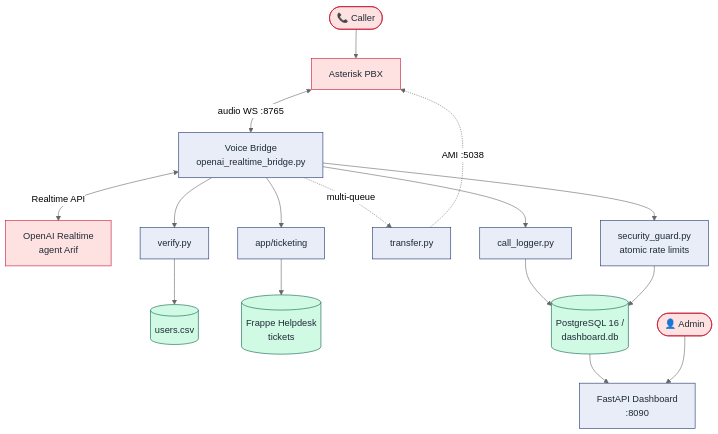
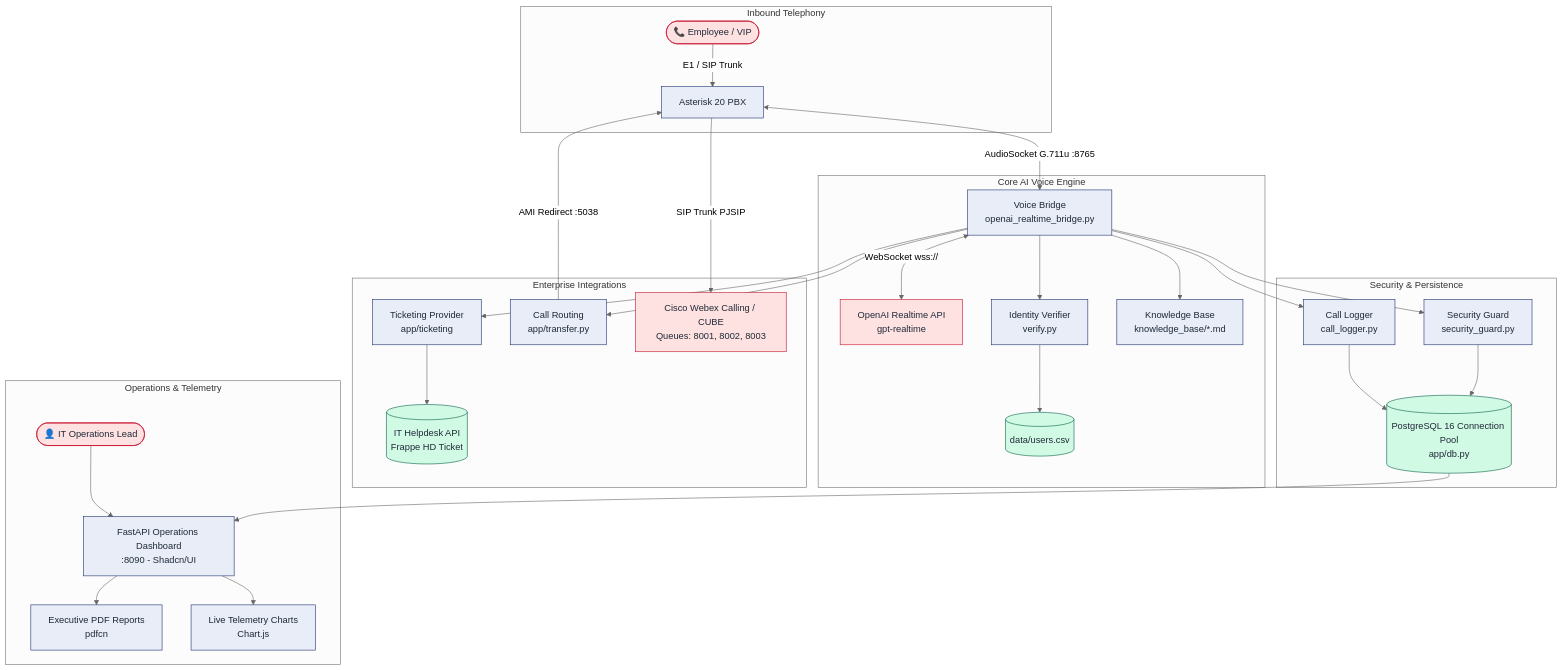
Before and after one commit to akheels-web/ai-support-agent: the diagram in README.md, drawn with Mermaid (neutral theme). The commit also changed other lines of this file and 6 other files, not shown here.

Commit message:
feat: add Cisco Webex documentation, OpenAI realtime bridge, Frappe ticketing provider, and guardrail tests

````diff
--- a/README.md
+++ b/README.md
@@ -10,25 +16,44 @@
 ```mermaid
 flowchart TD
-    Caller([📞 Caller]) --> Asterisk[Asterisk PBX]
-    Asterisk <-->|audio WS :8765| Bridge[Voice Bridge<br/>openai_realtime_bridge.py]
-    Bridge <-->|Realtime API| OpenAI[OpenAI Realtime<br/>agent Arif]
+    subgraph Inbound Telephony
+        Caller([📞 Employee / VIP]) -->|E1 / SIP Trunk| PBX[Asterisk 20 PBX]
+    end
 
-    Bridge --> Verify[verify.py]
-    Verify --> CSV[(users.csv)]
-    Bridge --> Frappe[app/ticketing] --> FrappeHD[(Frappe Helpdesk<br/>tickets)]
-    Bridge -.->|multi-queue| Transfer[transfer.py] -.->|AMI :5038| Asterisk
-    Bridge --> Guard[security_guard.py<br/>atomic rate limits]
+    subgraph Core AI Voice Engine
+        PBX <-->|AudioSocket G.711u :8765| Bridge[Voice Bridge<br/>openai_realtime_bridge.py]
+        Bridge <-->|WebSocket wss://| OpenAI[OpenAI Realtime API<br/>gpt-realtime]
+        Bridge --> Verify[Identity Verifier<br/>verify.py]
+        Verify --> CSV[(data/users.csv)]
+        Bridge --> KB[Knowledge Base<br/>knowledge_base/*.md]
+    end
 
-    Bridge --> Log[call_logger.py]
-    Log --> DB[(PostgreSQL 16 /<br/>dashboard.db)]
-    Guard --> DB
-    DB --> Dashboard[FastAPI Dashboard<br/>:8090]
-    Admin([👤 Admin]) --> Dashboard
+    subgraph Enterprise Integrations
+        Bridge --> Ticketing[Ticketing Provider<br/>app/ticketing]
+        Ticketing --> Helpdesk[(IT Helpdesk API<br/>Frappe HD Ticket)]
+        
+        Bridge --> Transfer[Call Routing<br/>app/transfer.py]
+        Transfer -->|AMI Redirect :5038| PBX
+        PBX -->|SIP Trunk PJSIP| Webex[Cisco Webex Calling / CUBE<br/>Queues: 8001, 8002, 8003]
+    end
+
+    subgraph Security & Persistence
+        Bridge --> Guard[Security Guard<br/>security_guard.py]
+        Bridge --> Logger[Call Logger<br/>call_logger.py]
+        Guard --> DB[(PostgreSQL 16 Connection Pool<br/>app/db.py)]
+        Logger --> DB
+    end
+
+    subgraph Operations & Telemetry
+        DB --> Dashboard[FastAPI Operations Dashboard<br/>:8090 - Shadcn/UI]
+        Dashboard --> PDF[Executive PDF Reports<br/>pdfcn]
+        Dashboard --> Charts[Live Telemetry Charts<br/>Chart.js]
+        Admin([👤 IT Operations Lead]) --> Dashboard
+    end
 
     classDef ext fill:#FEE2E2,stroke:#C8102E,color:#1F2937;
     classDef core fill:#E8EDF8,stroke:#1B2F6B,color:#1F2937;
     classDef store fill:#D1FAE5,stroke:#065F46,color:#1F2937;
-    class Caller,Admin,OpenAI,Asterisk ext;
-    class Bridge,Verify,Frappe,Transfer,Guard,Log,Dashboard core;
-    class CSV,FrappeHD,DB store;
+    class Caller,Admin,OpenAI,Webex ext;
+    class PBX,Bridge,Verify,KB,Ticketing,Transfer,Guard,Logger,Dashboard,PDF,Charts core;
+    class CSV,Helpdesk,DB store;
 ```
````
